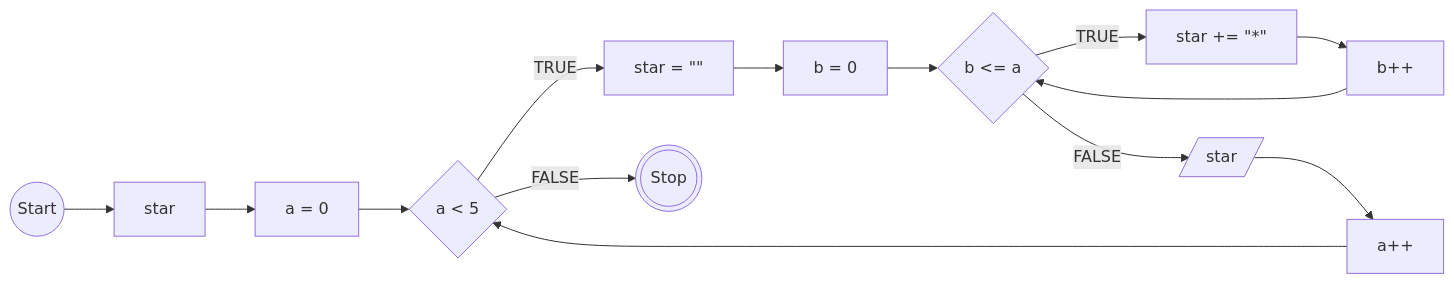
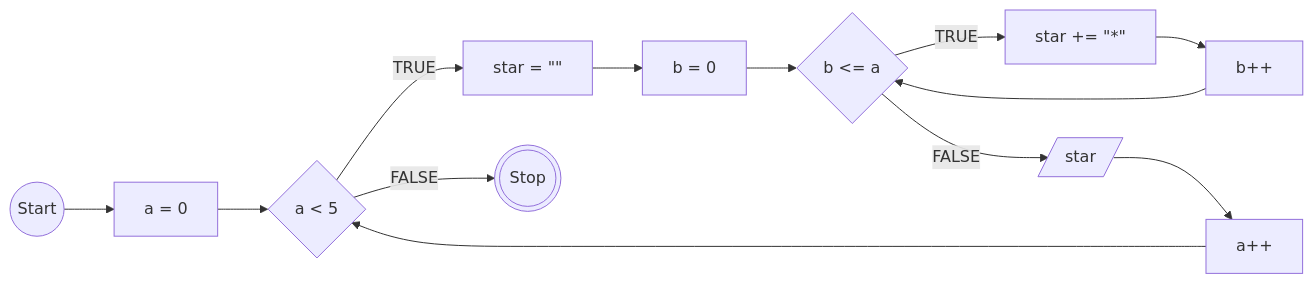
Before and after one commit to ktsrqsdev/koda-b10-javascript3: the second of 2 diagrams in README.md, drawn with Mermaid. The commit also changed other lines of this file, not shown here.

````diff
--- a/README.md
+++ b/README.md
@@ -42,31 +40,29 @@
 ```mermaid
     flowchart LR
     A@{ shape: circle, label: "Start" }
-    B@{ shape: rect, label: "star" }
 
     C@{ shape: rect, label: "a = 0" }
     D@{ shape: diamond, label: "a < 5" }
     E@{ shape: rect, label: "star = #quot;#quot;" }
 
     F@{ shape: rect, label: "b = 0" }
     G@{ shape: diamond, label: "b <= a" }
     H@{ shape: rect, label: "star += #quot;*#quot;" }
     I@{ shape: rect, label: "b++" }
     J@{ shape: rect, label: "a++" }
     K@{ shape: lean-r, label: "star" }
     L@{ shape: dbl-circ, label: "Stop" }
 
-    A --> B
-    B --> C
+    A --> C
     C --> D
     D --TRUE--> E
     E --> F
     F --> G
     G --TRUE--> H
     H --> I
     I --> G
     G --FALSE--> K
     K --> J
     J --> D
     D --FALSE--> L
 ```
````
